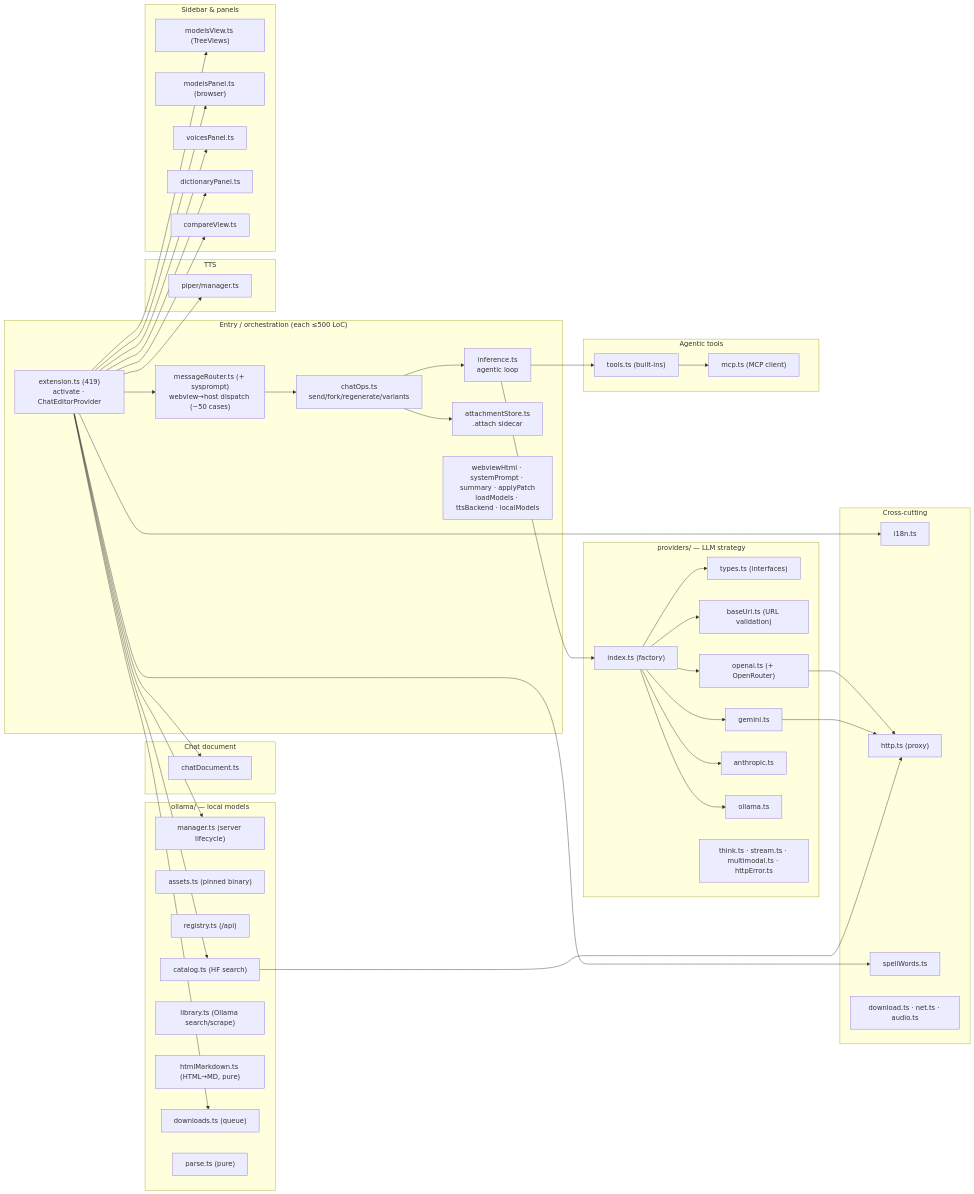
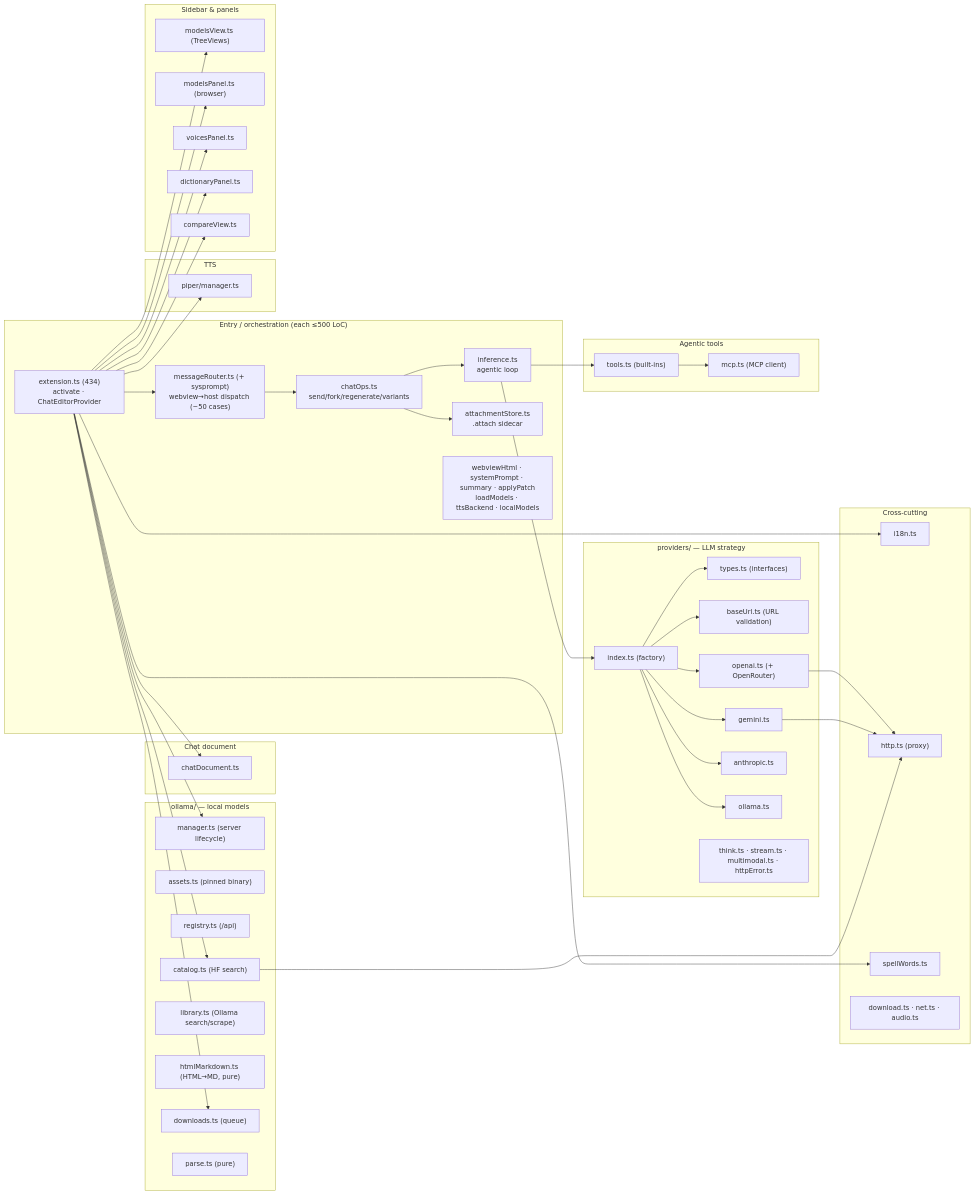
The second of 8 diagrams in ARCHITECTURE.md (enavarre-cl/parley), drawn with Mermaid before and after one commit. The commit also changed other lines of this file and 19 other files, not shown here.

````diff
--- a/ARCHITECTURE.md
+++ b/ARCHITECTURE.md
@@ -69,66 +69,66 @@
 ```mermaid
 graph LR
   subgraph entry["Entry / orchestration (each ≤500 LoC)"]
-    extension["extension.ts (419)<br/>activate · ChatEditorProvider"]
+    extension["extension.ts (434)<br/>activate · ChatEditorProvider"]
     router["messageRouter.ts (+ sysprompt)<br/>webview→host dispatch (~50 cases)"]
     chatOps["chatOps.ts<br/>send/fork/regenerate/variants"]
     inference["inference.ts<br/>agentic loop"]
     attach["attachmentStore.ts<br/>.attach sidecar"]
     misc["webviewHtml · systemPrompt · summary · applyPatch<br/>loadModels · ttsBackend · localModels"]
   end
   subgraph chat["Chat document"]
     chatDocument["chatDocument.ts"]
   end
   subgraph prov["providers/ — LLM strategy"]
     types["types.ts (interfaces)"]
     index["index.ts (factory)"]
     baseurl["baseUrl.ts (URL validation)"]
     openai["openai.ts (+ OpenRouter)"]
     gemini["gemini.ts"]
     anthropic["anthropic.ts"]
     ollamaP["ollama.ts"]
     helpers["think.ts · stream.ts · multimodal.ts · httpError.ts"]
   end
   subgraph agent["Agentic tools"]
     toolsTs["tools.ts (built-ins)"]
     mcp["mcp.ts (MCP client)"]
   end
   subgraph ollamaSub["ollama/ — local models"]
     omanager["manager.ts (server lifecycle)"]
     oassets["assets.ts (pinned binary)"]
     oreg["registry.ts (/api)"]
     ocat["catalog.ts (HF search)"]
     olib["library.ts (Ollama search/scrape)"]
     ohtml["htmlMarkdown.ts (HTML→MD, pure)"]
     odl["downloads.ts (queue)"]
     oparse["parse.ts (pure)"]
   end
   subgraph tts["TTS"]
     piper["piper/manager.ts"]
   end
   subgraph ui["Sidebar & panels"]
     views["modelsView.ts (TreeViews)"]
     mpanel["modelsPanel.ts (browser)"]
     vpanel["voicesPanel.ts"]
     dpanel["dictionaryPanel.ts"]
     compare["compareView.ts"]
   end
   subgraph infra["Cross-cutting"]
     i18nTs["i18n.ts"]
     httpTs["http.ts (proxy)"]
     spell["spellWords.ts"]
     utils["download.ts · net.ts · audio.ts"]
   end
 
   extension --> router --> chatOps --> inference
   extension --> chatDocument
   inference --> index --> openai & gemini & anthropic & ollamaP
   index --> types & baseurl
   inference --> toolsTs --> mcp
   chatOps --> attach
   extension --> omanager & odl & ocat
   extension --> piper
   extension --> views & mpanel & vpanel & dpanel & compare
   extension --> i18nTs & spell
   openai & gemini & ocat --> httpTs
 ```
````
